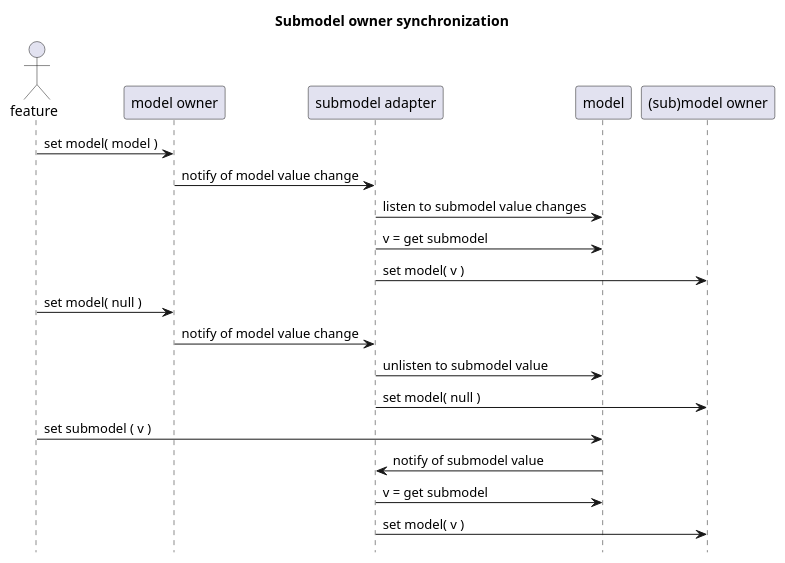
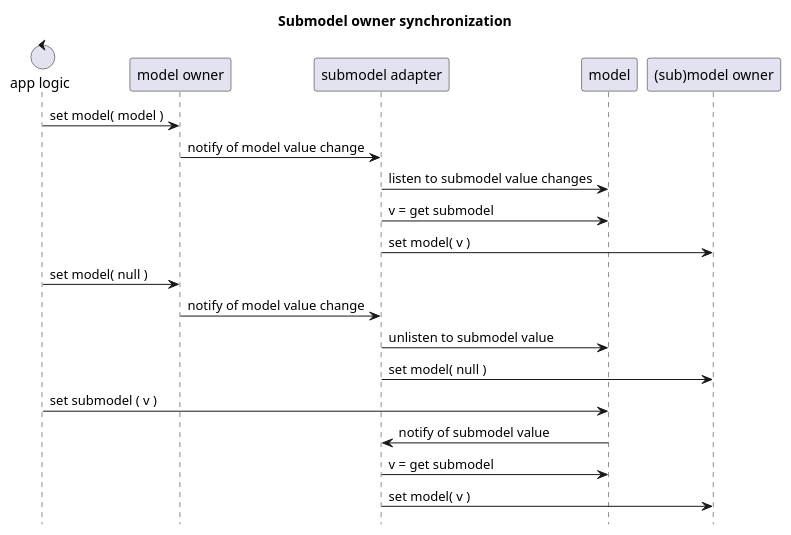
The fifth of 8 diagrams in gh-pages/src/main/asciidoc/index.adoc (goranstack/esox), drawn with PlantUML before and after one commit. The commit also changed other lines of this file and 185 other files, not shown here.

```diff
--- a/gh-pages/src/main/asciidoc/index.adoc
+++ b/gh-pages/src/main/asciidoc/index.adoc
@@ -142,24 +141,24 @@
 [plantuml, submodel-synchronization, svg]
 ....
 @startuml
 
 hide footbox
 title Submodel owner synchronization
 
-actor feature
+control "app logic"
 
-feature -> "model owner" : set model( model )
+"app logic" -> "model owner" : set model( model )
 "model owner" -> "submodel adapter" : notify of model value change
 "submodel adapter" -> model : listen to submodel value changes
 "submodel adapter" -> model : v = get submodel
 "submodel adapter" -> "(sub)model owner" : set model( v )
-feature -> "model owner" : set model( null )
+"app logic" -> "model owner" : set model( null )
 "model owner" -> "submodel adapter" : notify of model value change
 "submodel adapter" -> model : unlisten to submodel value
 "submodel adapter" -> "(sub)model owner" : set model( null )
-feature -> model : set submodel ( v )
+"app logic" -> model : set submodel ( v )
 model -> "submodel adapter" : notify of submodel value
 "submodel adapter" -> model : v = get submodel
 "submodel adapter" -> "(sub)model owner" : set model( v )
 @enduml
 ....
```
